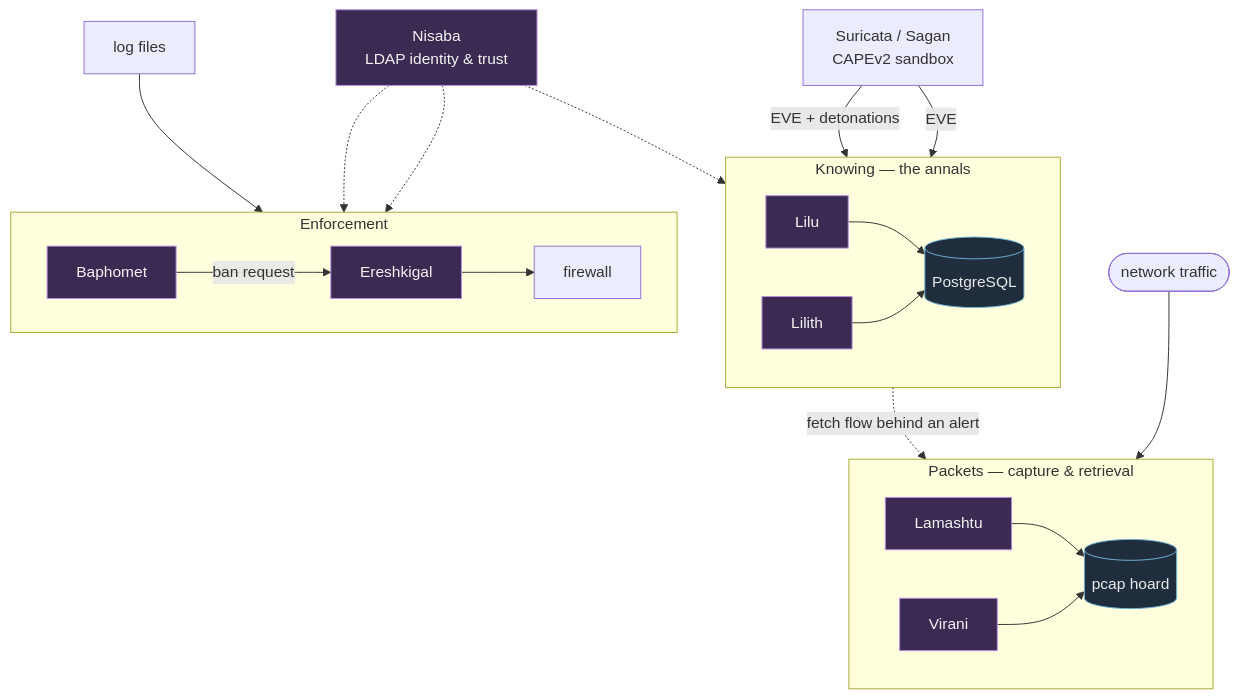
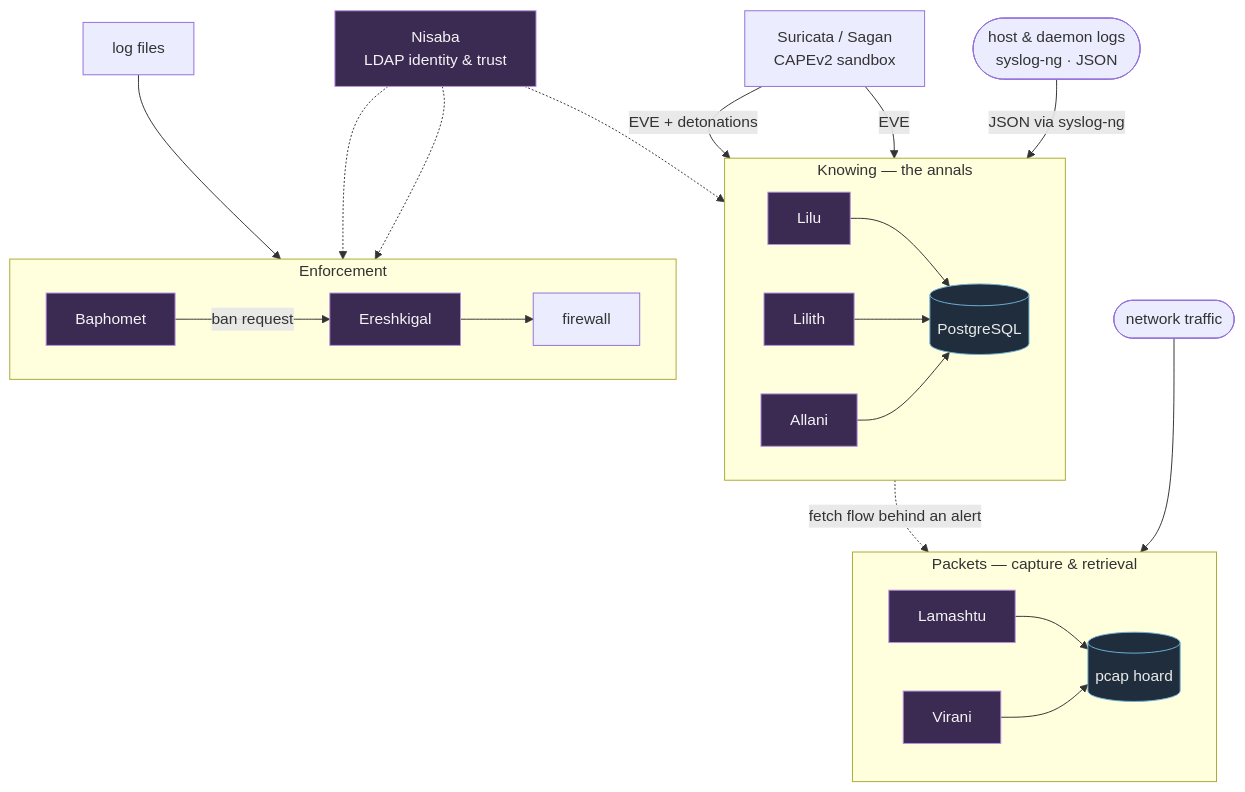
One commit to LilithSec/docs changed the diagram in docs/pantheon.md. Above: the diagram before and after it, drawn with Mermaid. The commit also changed other lines of this file and 7 other files, not shown here.

````diff
--- a/docs/pantheon.md
+++ b/docs/pantheon.md
@@ -24,49 +26,53 @@
 ```mermaid
 flowchart TB
   sensors["Suricata / Sagan<br/>CAPEv2 sandbox"]
   wire(["network traffic"])
   logs["log files"]
+  syslog(["host &amp; daemon logs<br/>syslog-ng · JSON"])
 
   subgraph know["Knowing — the annals"]
     direction LR
     Lilu["Lilu"]
     Lilith["Lilith"]
+    Allani["Allani"]
     DB[("PostgreSQL")]
     Lilu --> DB
     Lilith --> DB
+    Allani --> DB
   end
 
   subgraph pkt["Packets — capture &amp; retrieval"]
     direction LR
     Lamashtu["Lamashtu"]
     Virani["Virani"]
     PCAP[("pcap hoard")]
     Lamashtu --> PCAP
     Virani --> PCAP
   end
 
   subgraph enf["Enforcement"]
     direction LR
     Baphomet["Baphomet"]
     Ereshkigal["Ereshkigal"]
     FW["firewall"]
     Baphomet -->|ban request| Ereshkigal --> FW
   end
 
   Nisaba["Nisaba<br/>LDAP identity &amp; trust"]
 
   sensors -->|EVE + detonations| Lilith
   sensors -->|EVE| Lilu
+  syslog -->|JSON via syslog-ng| Allani
   wire --> Lamashtu
   logs --> Baphomet
   Lilith -.->|fetch flow behind an alert| Virani
 
   Nisaba -.-> Lilith
   Nisaba -.-> Baphomet
   Nisaba -.-> Ereshkigal
 
   classDef daemon fill:#3b2a52,stroke:#b98fe0,stroke-width:1px,color:#f4f4f4;
   classDef store fill:#1f2d3d,stroke:#6fb1d6,color:#eaeaea;
-  class Lilu,Lilith,Lamashtu,Virani,Baphomet,Ereshkigal,Nisaba daemon;
+  class Lilu,Lilith,Allani,Lamashtu,Virani,Baphomet,Ereshkigal,Nisaba daemon;
   class DB,PCAP store;
 ```
````
